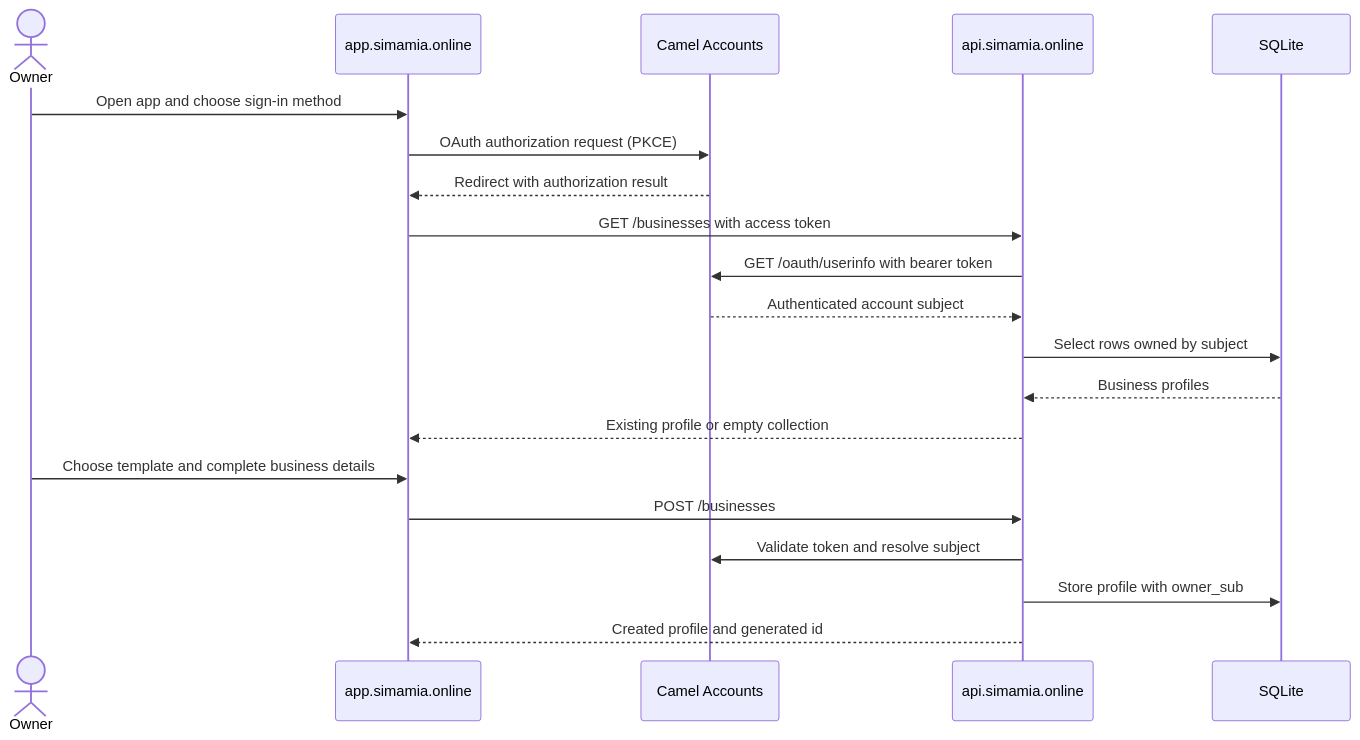
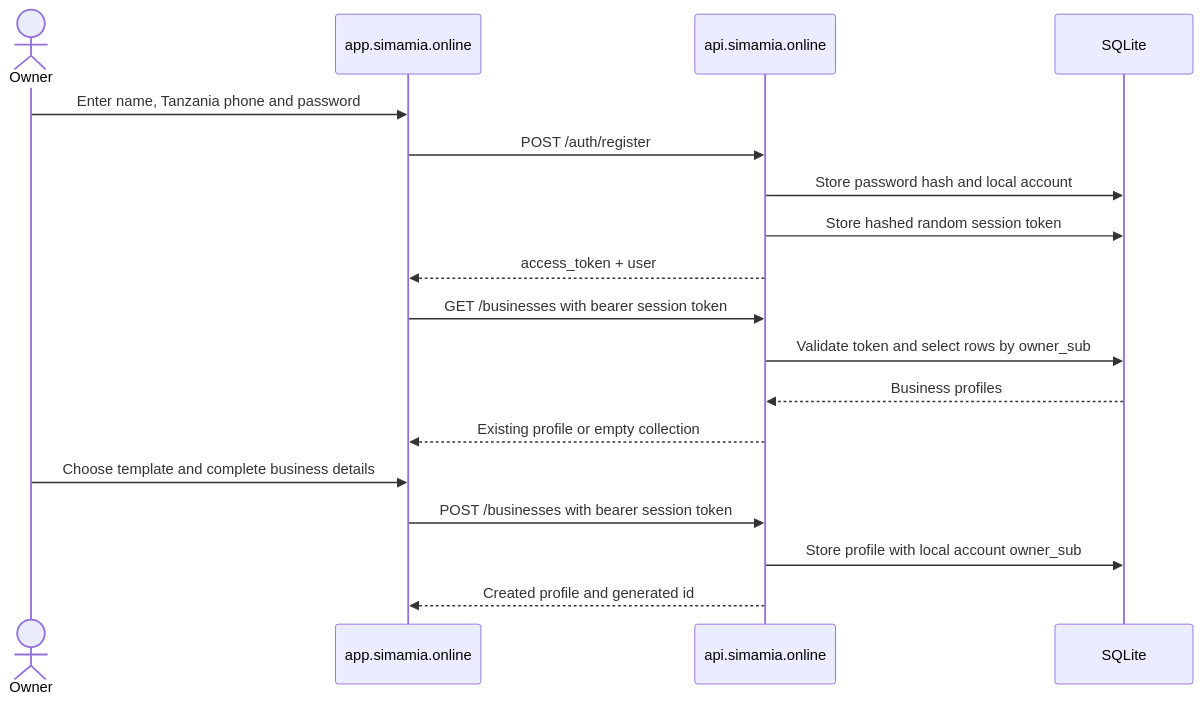
The second of 3 diagrams in docs-site/app/architecture/page.mdx (troubleman96/simamia-opensource), drawn with Mermaid before and after one commit. The commit also changed other lines of this file and 53 other files, not shown here.

Commit message:
feat: replace Camel auth with local accounts

````diff
--- a/docs-site/app/architecture/page.mdx
+++ b/docs-site/app/architecture/page.mdx
@@ -36,22 +33,20 @@
 ```mermaid
 sequenceDiagram
   actor Owner
   participant App as app.simamia.online
-  participant Accounts as Camel Accounts
   participant API as api.simamia.online
   participant DB as SQLite
-  Owner->>App: Open app and choose sign-in method
-  App->>Accounts: OAuth authorization request (PKCE)
-  Accounts-->>App: Redirect with authorization result
-  App->>API: GET /businesses with access token
-  API->>Accounts: GET /oauth/userinfo with bearer token
-  Accounts-->>API: Authenticated account subject
-  API->>DB: Select rows owned by subject
+  Owner->>App: Enter name, Tanzania phone and password
+  App->>API: POST /auth/register
+  API->>DB: Store password hash and local account
+  API->>DB: Store hashed random session token
+  API-->>App: access_token + user
+  App->>API: GET /businesses with bearer session token
+  API->>DB: Validate token and select rows by owner_sub
   DB-->>API: Business profiles
   API-->>App: Existing profile or empty collection
   Owner->>App: Choose template and complete business details
-  App->>API: POST /businesses
-  API->>Accounts: Validate token and resolve subject
-  API->>DB: Store profile with owner_sub
+  App->>API: POST /businesses with bearer session token
+  API->>DB: Store profile with local account owner_sub
   API-->>App: Created profile and generated id
 ```
````
